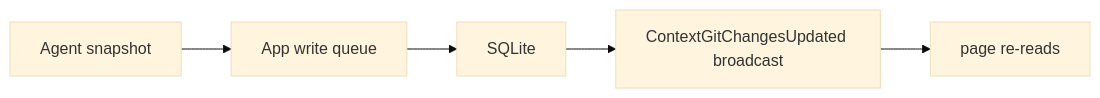
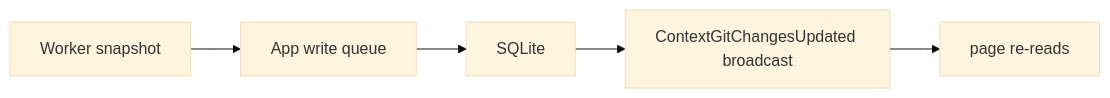
Before and after one commit to Jandini/GrayMoon: the sixth of 6 diagrams in docs/architecture/04-runtime-communication-and-concurrency.md, drawn with Mermaid (base theme). The commit also changed other lines of this file and 774 other files, not shown here.

Commit message:
Rename agent to worker (#383)

````diff
--- a/docs/architecture/04-runtime-communication-and-concurrency.md
+++ b/docs/architecture/04-runtime-communication-and-concurrency.md
@@ -266,7 +266,7 @@
 ```mermaid
 flowchart LR
-  A["Agent snapshot"] --> B["App write queue"]
+  A["Worker snapshot"] --> B["App write queue"]
   B --> C["SQLite"]
   C --> D["ContextGitChangesUpdated broadcast"]
   D --> E["page re-reads"]
 ```
````
